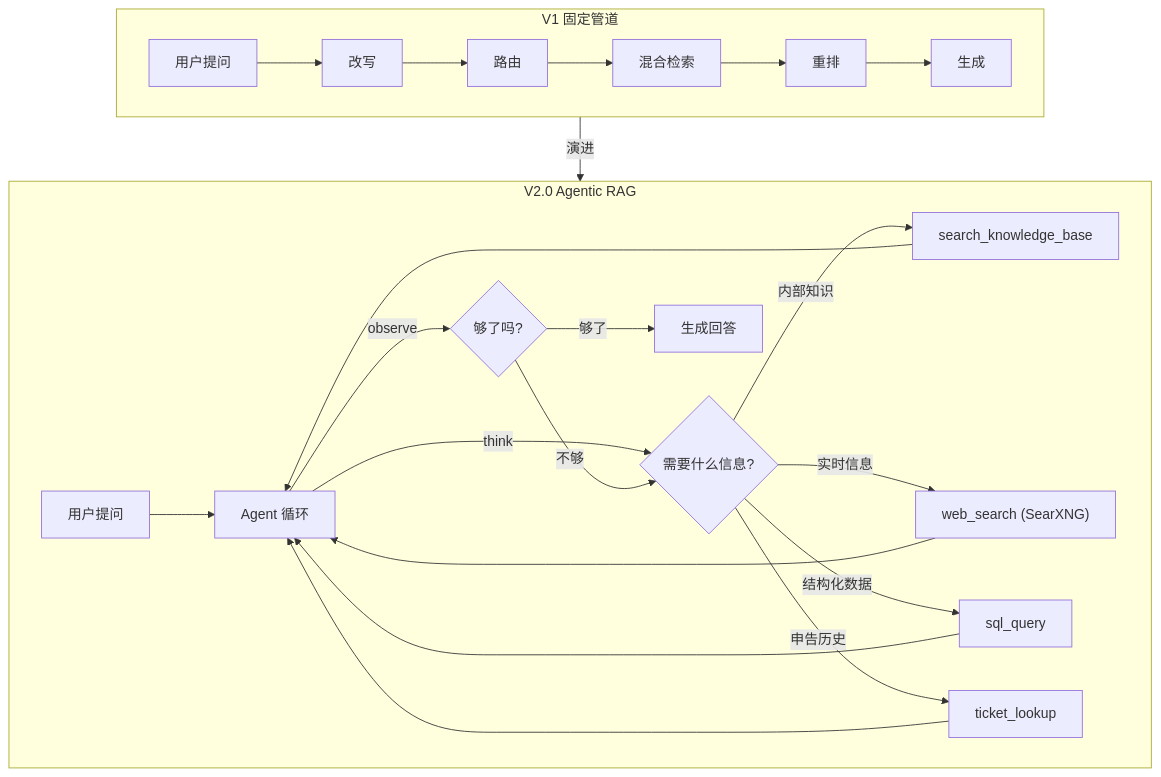
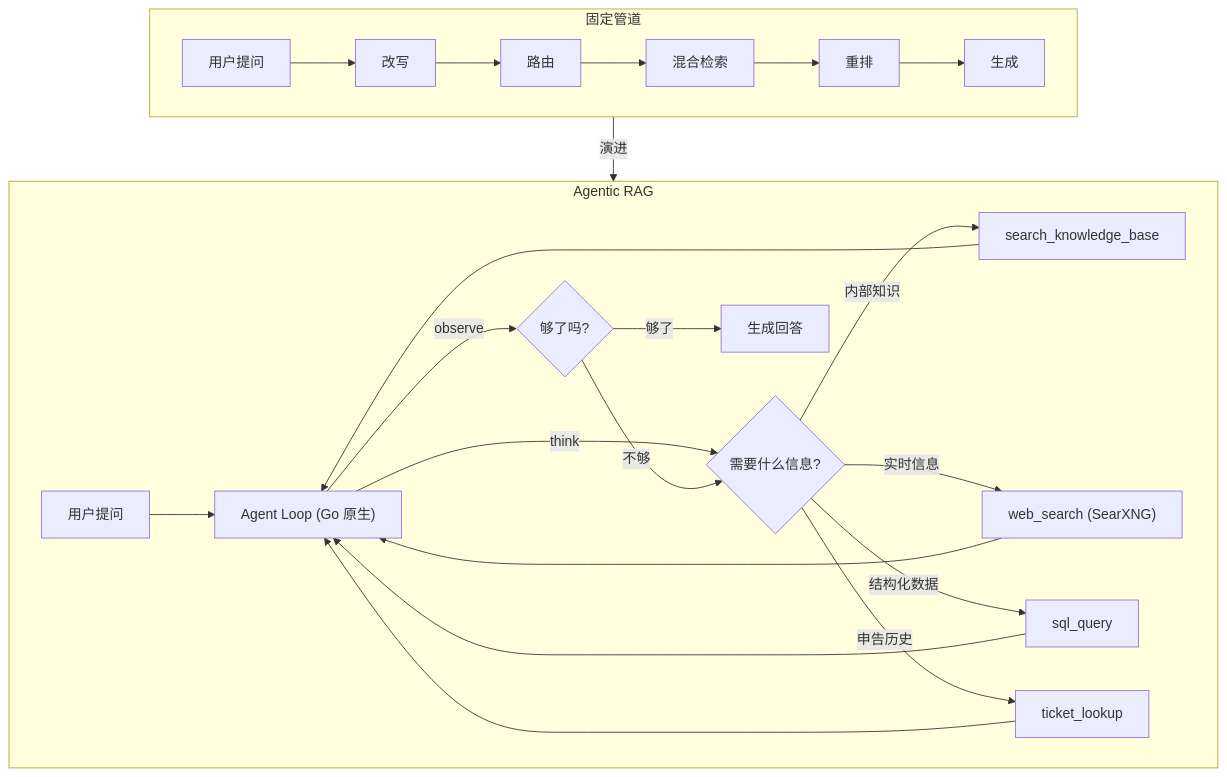
One commit to int2t05/Cognik changed the sixth of 9 diagrams in docs/ROADMAP.md. Above: the diagram before and after it, drawn with Mermaid. The commit also changed other lines of this file, not shown here.

First line of the commit message:
docs: ROADMAP V1.2 标记已交付 + V1.3/V1.4 规划更新

````diff
--- a/docs/ROADMAP.md
+++ b/docs/ROADMAP.md
@@ -256,19 +302,19 @@
 ```mermaid
 flowchart TD
-    subgraph V1["V1 固定管道"]
+    subgraph V1["固定管道"]
         Q1["用户提问"] --> R1["改写"] --> R2["路由"] --> R3["混合检索"] --> R4["重排"] --> G1["生成"]
     end
-    subgraph V2["V2.0 Agentic RAG"]
-        Q2["用户提问"] --> AG["Agent 循环"]
+    subgraph V2["Agentic RAG"]
+        Q2["用户提问"] --> AG["Agent Loop (Go 原生)"]
         AG -->|"think"| T1{"需要什么信息?"}
         T1 -->|"内部知识"| KB["search_knowledge_base"]
         T1 -->|"实时信息"| WS["web_search (SearXNG)"]
         T1 -->|"结构化数据"| SQL["sql_query"]
         T1 -->|"申告历史"| TK["ticket_lookup"]
         KB & WS & SQL & TK --> AG
         AG -->|"observe"| T2{"够了吗?"}
         T2 -->|"不够"| T1
         T2 -->|"够了"| ANS["生成回答"]
     end
     V1 -->|演进| V2
 ```
````
